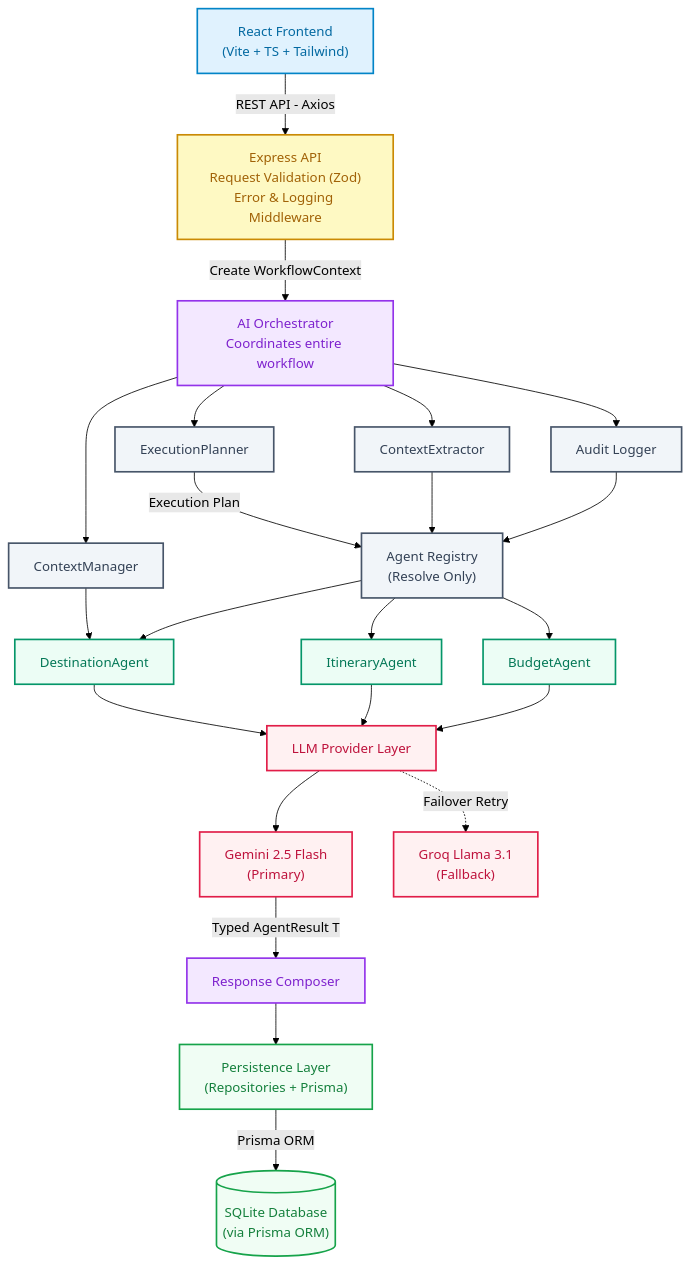
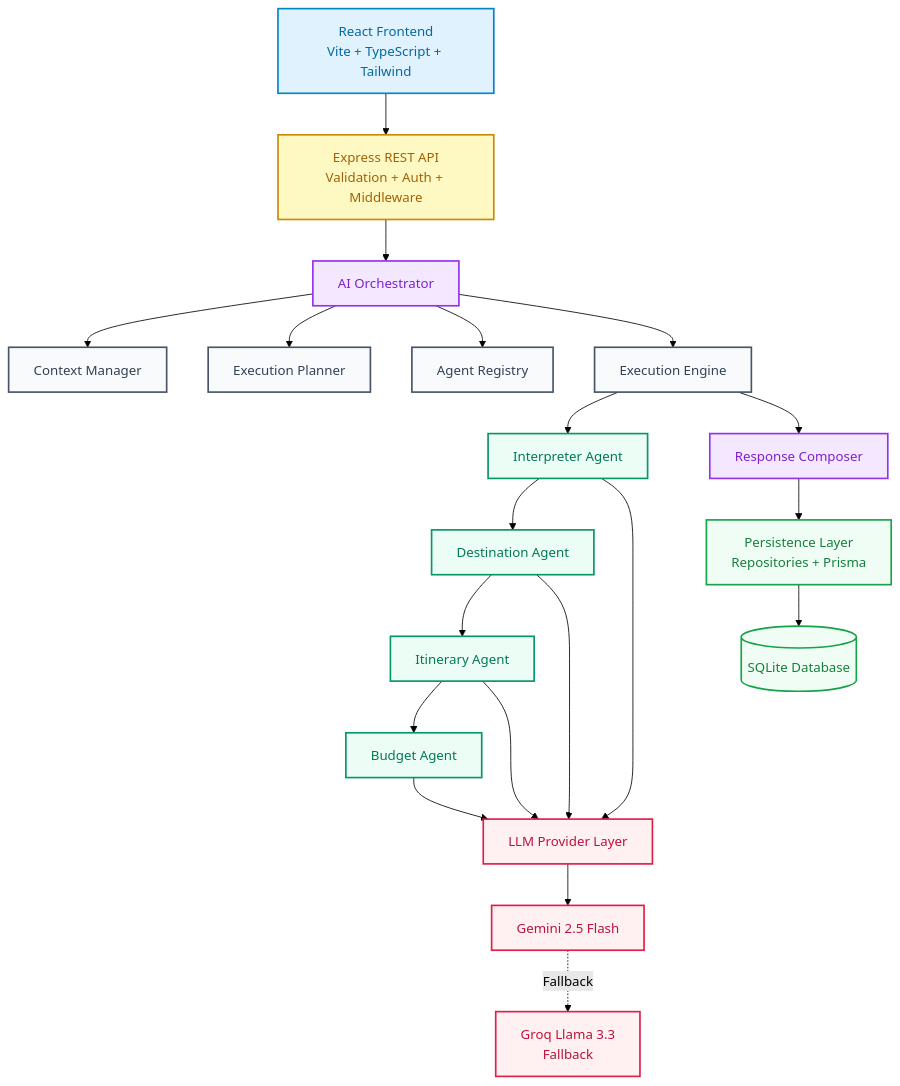
One commit to shujaa786/Trip_Adviser.AI changed the diagram in architecture.md. Above: the diagram before and after it, drawn with Mermaid (forest theme). The commit also changed 70 other files, not shown here.

Commit message:
feat: implement AI multi-agent trip planner

````diff
--- a/architecture.md
+++ b/architecture.md
@@ -3,65 +3,64 @@
 ```mermaid
 graph TD
-    %% Styling Definitions
+
+    %% Styling
     classDef frontend fill:#e0f2fe,stroke:#0284c7,stroke-width:2px,color:#0369a1;
     classDef api fill:#fef9c3,stroke:#ca8a04,stroke-width:2px,color:#a16207;
     classDef core fill:#f3e8ff,stroke:#9333ea,stroke-width:2px,color:#7e22ce;
-    classDef module fill:#f1f5f9,stroke:#475569,stroke-width:2px,color:#334155;
+    classDef module fill:#f8fafc,stroke:#475569,stroke-width:2px,color:#334155;
     classDef agent fill:#ecfdf5,stroke:#059669,stroke-width:2px,color:#047857;
     classDef llm fill:#fff1f2,stroke:#e11d48,stroke-width:2px,color:#be123c;
     classDef db fill:#f0fdf4,stroke:#16a34a,stroke-width:2px,color:#15803d;
 
-    %% Main Layout Nodes
-    FE["React Frontend<br>(Vite + TS + Tailwind)"]:::frontend
-    EX["Express API<br>Request Validation (Zod)<br>Error & Logging Middleware"]:::api
-    ORCH["AI Orchestrator<br>Coordinates entire workflow"]:::core
-    
-    %% Core Orchestrator Children
-    CM["ContextManager"]:::module
-    CE["ContextExtractor"]:::module
-    EP["ExecutionPlanner"]:::module
-    AL["Audit Logger"]:::module
-    
-    AR["Agent Registry<br>(Resolve Only)"]:::module
-    
-    %% Functional Agents
-    DA["DestinationAgent"]:::agent
-    IA["ItineraryAgent"]:::agent
-    BA["BudgetAgent"]:::agent
-    
-    %% Base Tech Infrastructure
+    FE["React Frontend<br/>Vite + TypeScript + Tailwind"]:::frontend
+
+    API["Express REST API<br/>Validation + Auth + Middleware"]:::api
+
+    ORCH["AI Orchestrator"]:::core
+
+    CTX["Context Manager"]:::module
+    PLAN["Execution Planner"]:::module
+    REG["Agent Registry"]:::module
+    EXEC["Execution Engine"]:::module
+    RESP["Response Composer"]:::core
+
+    INT["Interpreter Agent"]:::agent
+    DEST["Destination Agent"]:::agent
+    ITI["Itinerary Agent"]:::agent
+    BUD["Budget Agent"]:::agent
+
     LLM["LLM Provider Layer"]:::llm
-    G_PRI["Gemini 2.5 Flash<br>(Primary)"]:::llm
-    G_FB["Groq Llama 3.1<br>(Fallback)"]:::llm
-    
-    RC["Response Composer"]:::core
-    PL["Persistence Layer<br>(Repositories + Prisma)"]:::db
-    DB[("SQLite Database<br>(via Prisma ORM)")]:::db
+    GEM["Gemini 2.5 Flash"]:::llm
+    GROQ["Groq Llama 3.3<br/>Fallback"]:::llm
 
-    %% Precise Connections Based On Box Routing
-    FE -->|REST API - Axios| EX
-    EX -->|Create WorkflowContext| ORCH
-    
-    ORCH --> CM
-    ORCH --> CE
-    ORCH --> EP
-    ORCH --> AL
-    
-    EP -->|Execution Plan| AR
-    CE --> AR
-    AL --> AR
-    
-    CM --> DA
-    AR --> DA
-    AR --> IA
-    AR --> BA
-    
-    DA & IA & BA --> LLM
-    
-    LLM --> G_PRI
-    LLM -.->|Failover Retry| G_FB
-    
-    G_PRI -->|Typed AgentResult T| RC
-    RC --> PL
-    PL -->|Prisma ORM| DB
+    PERSIST["Persistence Layer<br/>Repositories + Prisma"]:::db
+    DB[("SQLite Database")]:::db
+
+    FE --> API
+
+    API --> ORCH
+
+    ORCH --> CTX
+    ORCH --> PLAN
+    ORCH --> REG
+    ORCH --> EXEC
+
+    EXEC --> INT
+    INT --> DEST
+    DEST --> ITI
+    ITI --> BUD
+
+    INT --> LLM
+    DEST --> LLM
+    ITI --> LLM
+    BUD --> LLM
+
+    LLM --> GEM
+    GEM -. Fallback .-> GROQ
+
+    EXEC --> RESP
+
+    RESP --> PERSIST
+
+    PERSIST --> DB
 ```
````
